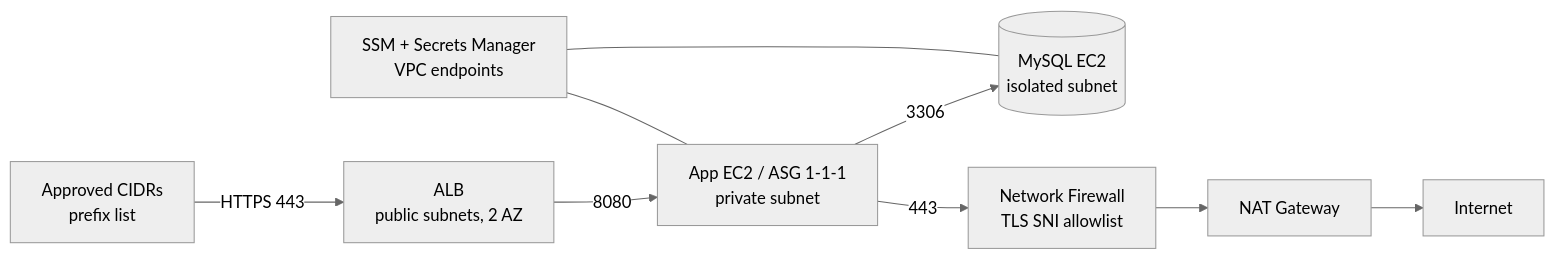
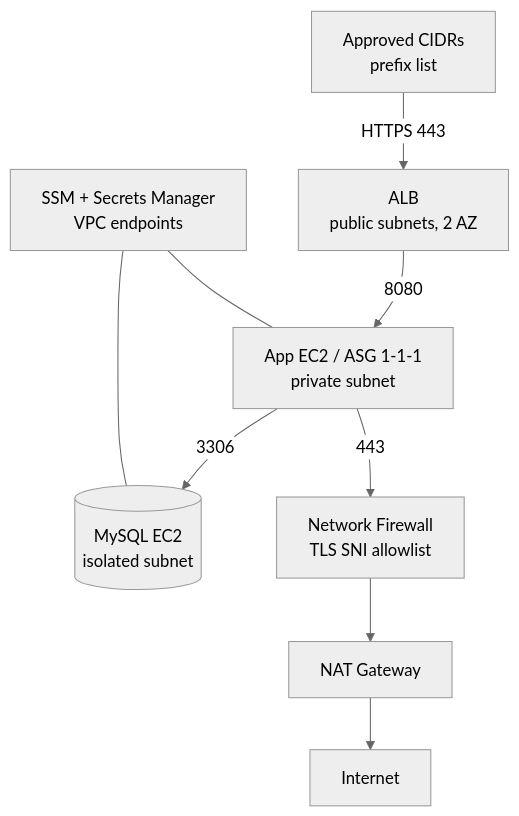
The diagram in docs/01_architecture.md (homel-dev/aws-terraform-to-pulumi-example), drawn with Mermaid (neutral theme) before and after one commit.

````diff
--- a/docs/01_architecture.md
+++ b/docs/01_architecture.md
@@ -206,11 +206,11 @@
 ```mermaid
-flowchart LR
+flowchart TB
     CLIENT[Approved CIDRs<br/>prefix list] -->|HTTPS 443| ALB[ALB<br/>public subnets, 2 AZ]
     ALB -->|8080| APP[App EC2 / ASG 1-1-1<br/>private subnet]
     APP -->|3306| DB[(MySQL EC2<br/>isolated subnet)]
     APP -->|443| FW[Network Firewall<br/>TLS SNI allowlist]
     FW --> NAT[NAT Gateway]
     NAT --> INTERNET[Internet]
     VPCE[SSM + Secrets Manager<br/>VPC endpoints] --- APP
     VPCE --- DB
 ```
````
